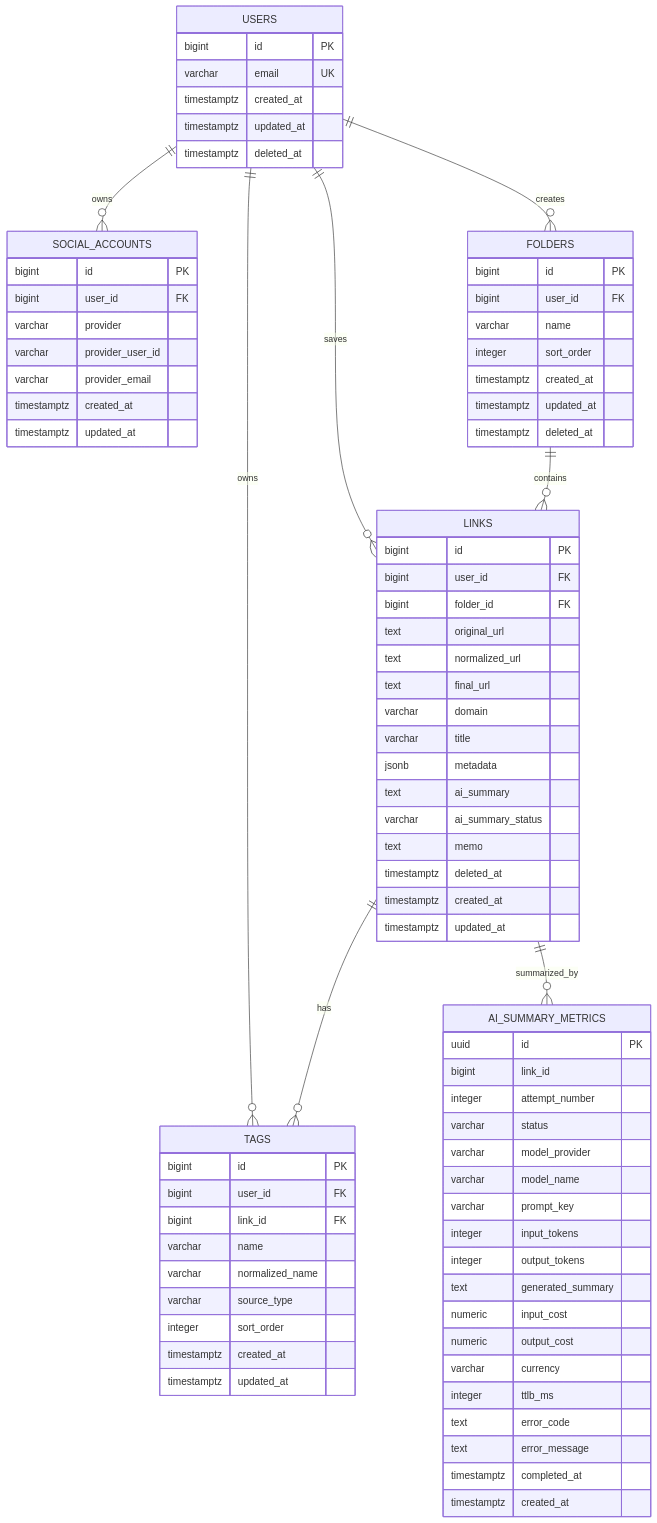
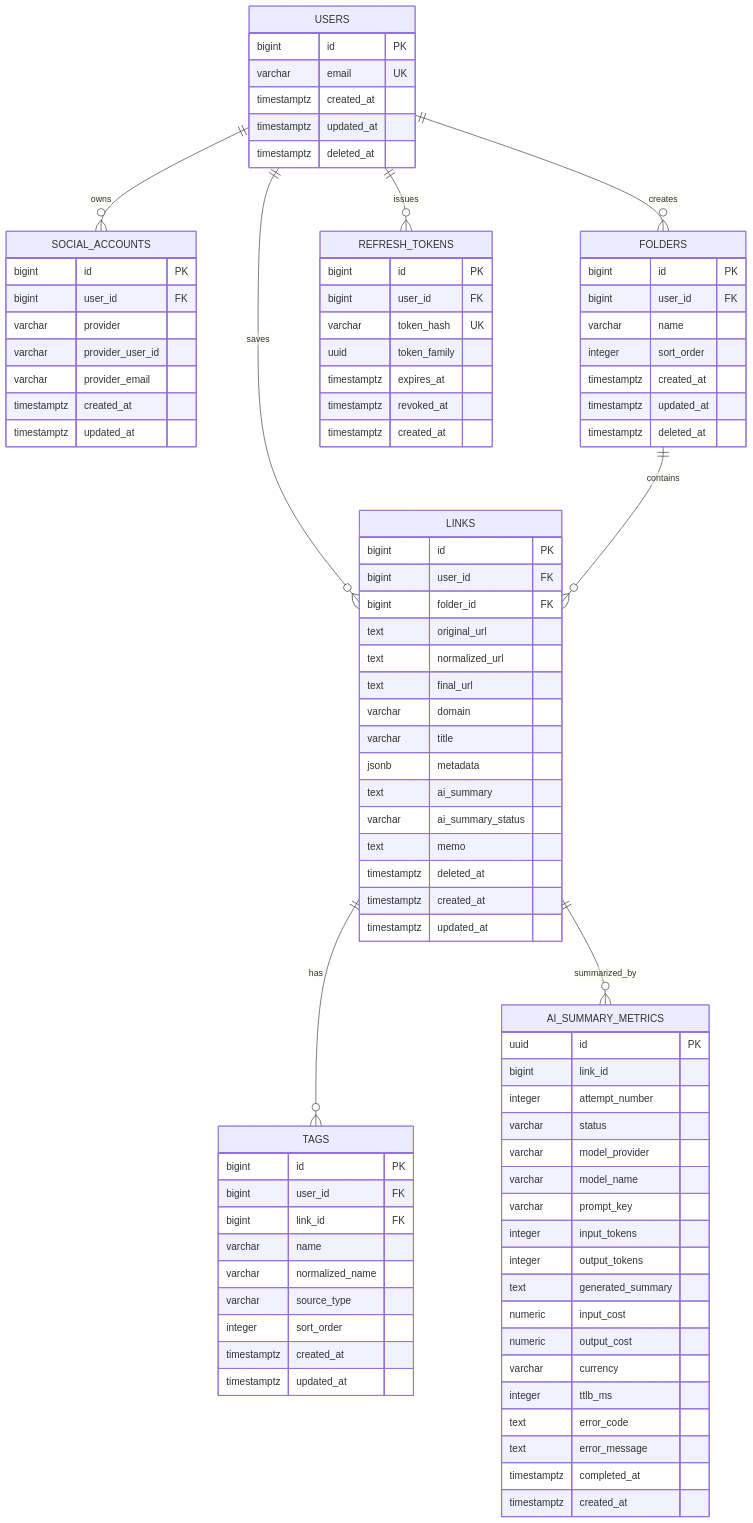
Before and after one commit to mash-up-kr/Promise.9-Server: the diagram in docs/database/erd.md, drawn with Mermaid. The commit also changed other lines of this file and 9 other files, not shown here.

Commit message:
feat: refresh_tokens 테이블 추가 및 tags 소유자 정합성 정리

```diff
--- a/docs/database/erd.md
+++ b/docs/database/erd.md
@@ -11,7 +11,7 @@
   USERS ||--o{ SOCIAL_ACCOUNTS : owns
   USERS ||--o{ FOLDERS : creates
   USERS ||--o{ LINKS : saves
-  USERS ||--o{ TAGS : owns
+  USERS ||--o{ REFRESH_TOKENS : issues
   FOLDERS ||--o{ LINKS : contains
   LINKS ||--o{ TAGS : has
   LINKS ||--o{ AI_SUMMARY_METRICS : summarized_by
@@ -22,6 +22,16 @@
     timestamptz created_at
     timestamptz updated_at
     timestamptz deleted_at
+  }
+
+  REFRESH_TOKENS {
+    bigint id PK
+    bigint user_id FK
+    varchar token_hash UK
+    uuid token_family
+    timestamptz expires_at
+    timestamptz revoked_at
+    timestamptz created_at
   }
 
   SOCIAL_ACCOUNTS {
```
